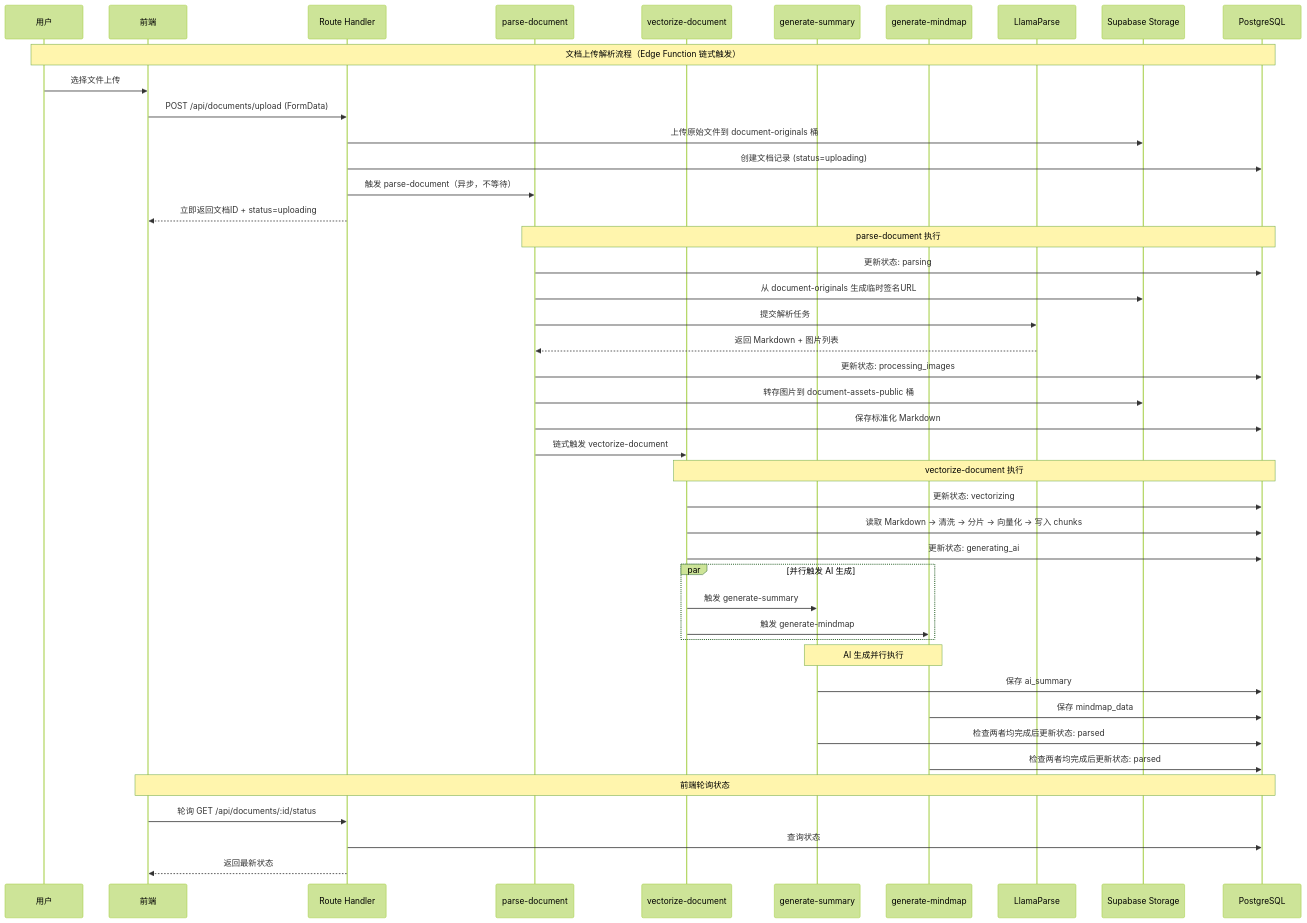
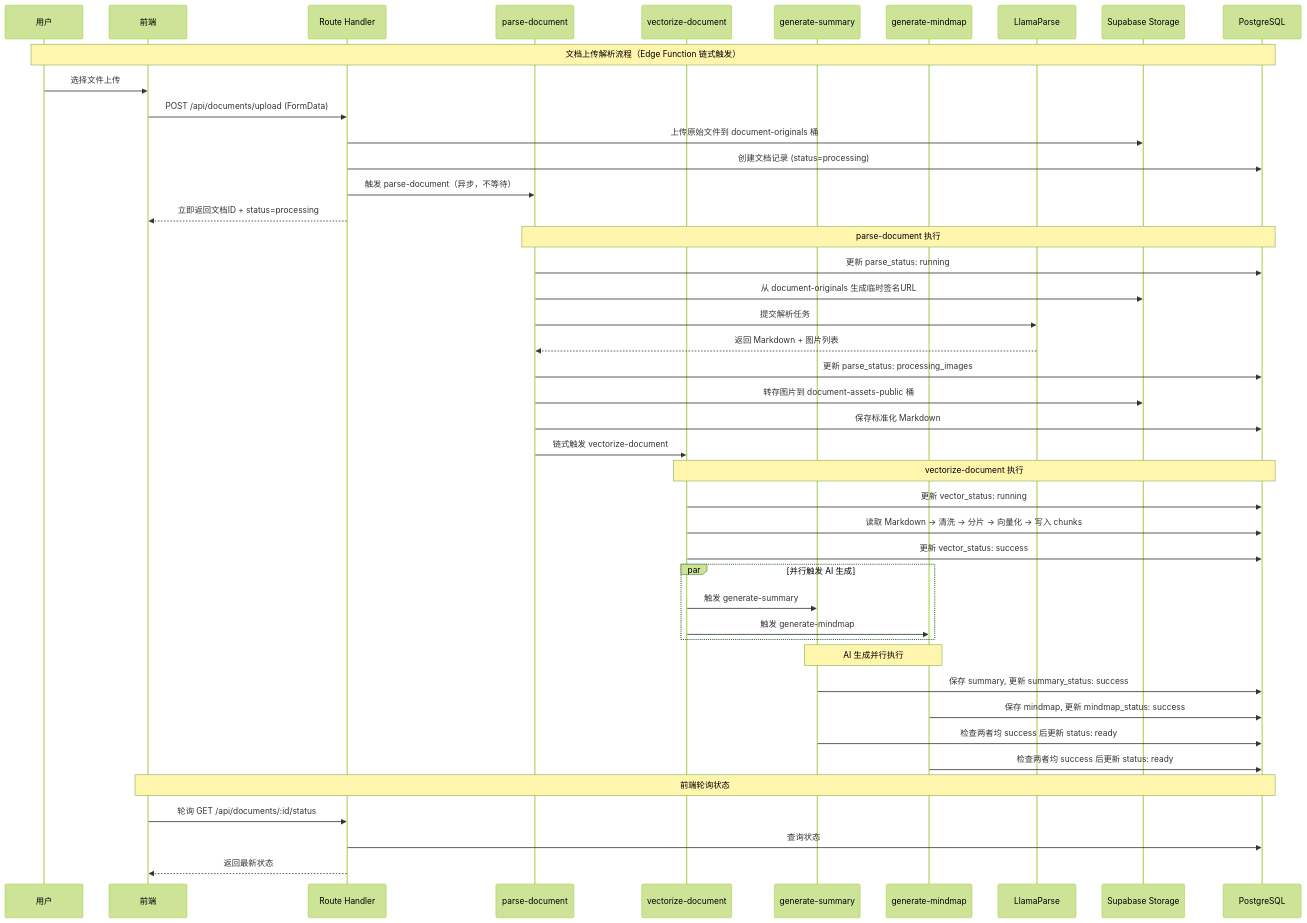
One commit to Jett191/noter changed the second of 9 diagrams in .kiro/specs/noter-document-management/design.md. Above: the diagram before and after it, drawn with Mermaid (forest theme). The commit also changed other lines of this file, not shown here.

````diff
--- a/.kiro/specs/noter-document-management/design.md
+++ b/.kiro/specs/noter-document-management/design.md
@@ -67,51 +67,51 @@
 ```mermaid
 sequenceDiagram
     participant U as 用户
     participant FE as 前端
     participant API as Route Handler
     participant EF1 as parse-document
     participant EF2 as vectorize-document
     participant EF3 as generate-summary
     participant EF4 as generate-mindmap
     participant LP as LlamaParse
     participant S3 as Supabase Storage
     participant DB as PostgreSQL
 
     Note over U,DB: 文档上传解析流程（Edge Function 链式触发）
     U->>FE: 选择文件上传
     FE->>API: POST /api/documents/upload (FormData)
     API->>S3: 上传原始文件到 document-originals 桶
-    API->>DB: 创建文档记录 (status=uploading)
+    API->>DB: 创建文档记录 (status=processing)
     API->>EF1: 触发 parse-document（异步，不等待）
-    API-->>FE: 立即返回文档ID + status=uploading
+    API-->>FE: 立即返回文档ID + status=processing
 
     Note over EF1,DB: parse-document 执行
-    EF1->>DB: 更新状态: parsing
+    EF1->>DB: 更新 parse_status: running
     EF1->>S3: 从 document-originals 生成临时签名URL
     EF1->>LP: 提交解析任务
     LP-->>EF1: 返回 Markdown + 图片列表
-    EF1->>DB: 更新状态: processing_images
+    EF1->>DB: 更新 parse_status: processing_images
     EF1->>S3: 转存图片到 document-assets-public 桶
     EF1->>DB: 保存标准化 Markdown
     EF1->>EF2: 链式触发 vectorize-document
 
     Note over EF2,DB: vectorize-document 执行
-    EF2->>DB: 更新状态: vectorizing
+    EF2->>DB: 更新 vector_status: running
     EF2->>DB: 读取 Markdown → 清洗 → 分片 → 向量化 → 写入 chunks
-    EF2->>DB: 更新状态: generating_ai
+    EF2->>DB: 更新 vector_status: success
     par 并行触发 AI 生成
         EF2->>EF3: 触发 generate-summary
         EF2->>EF4: 触发 generate-mindmap
     end
 
     Note over EF3,EF4: AI 生成并行执行
-    EF3->>DB: 保存 ai_summary
-    EF4->>DB: 保存 mindmap_data
-    EF3->>DB: 检查两者均完成后更新状态: parsed
-    EF4->>DB: 检查两者均完成后更新状态: parsed
+    EF3->>DB: 保存 summary, 更新 summary_status: success
+    EF4->>DB: 保存 mindmap, 更新 mindmap_status: success
+    EF3->>DB: 检查两者均 success 后更新 status: ready
+    EF4->>DB: 检查两者均 success 后更新 status: ready
 
     Note over FE,DB: 前端轮询状态
     FE->>API: 轮询 GET /api/documents/:id/status
     API->>DB: 查询状态
     API-->>FE: 返回最新状态
 ```
````
